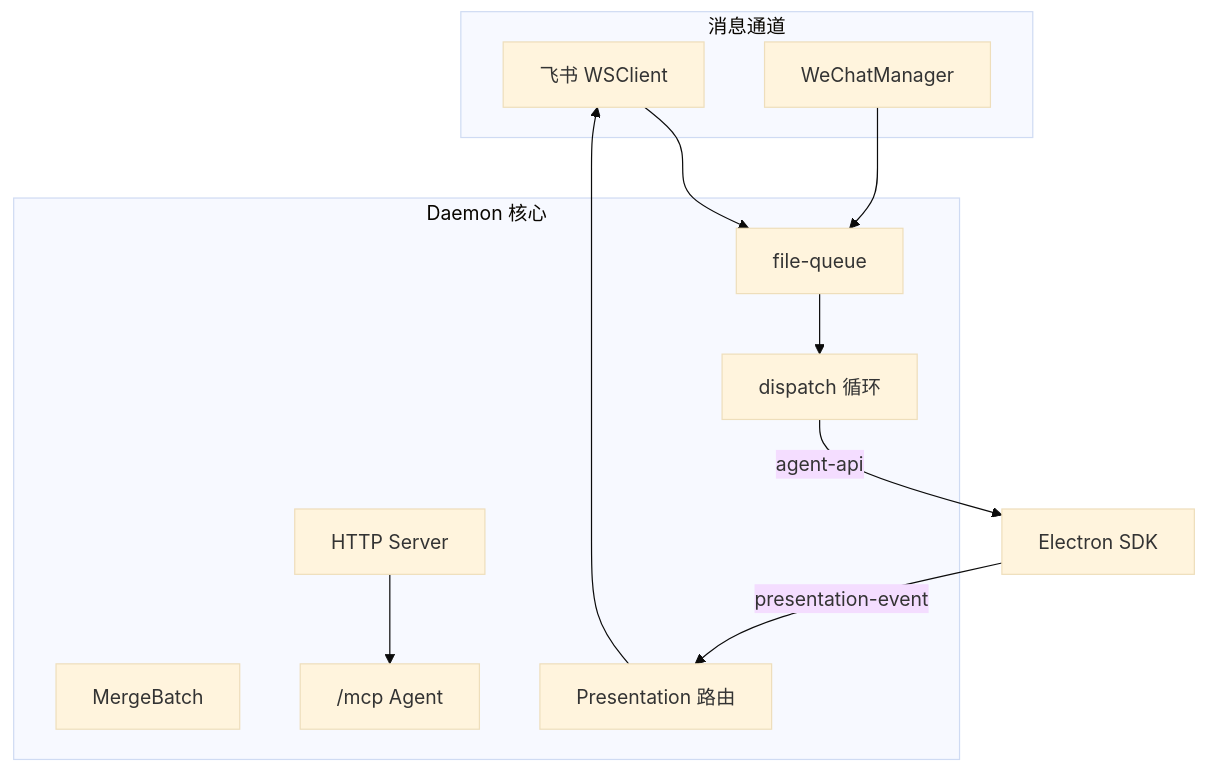
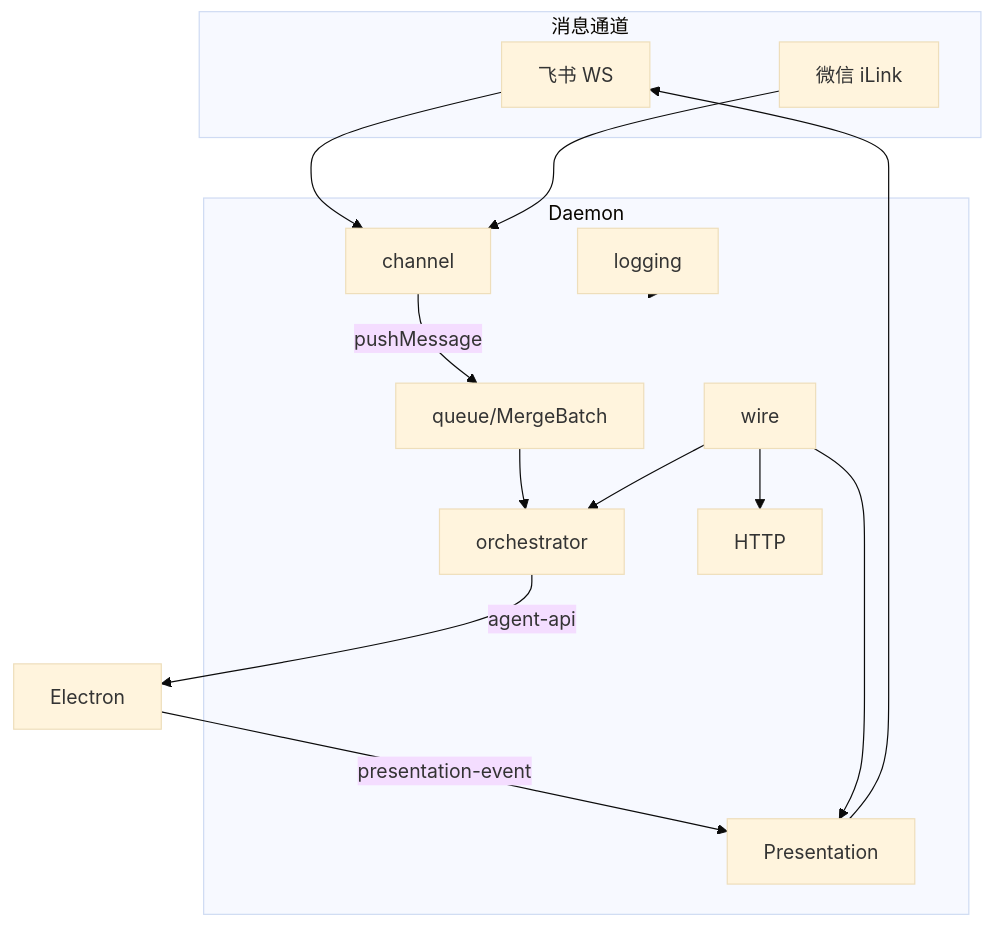
The first of 3 diagrams in knowledge/工程平台/Daemon守护进程/01-概览.md (suveng/cursor-claw), drawn with Mermaid (base theme) before and after one commit. The commit also changed other lines of this file and 29 other files, not shown here.

````diff
--- a/knowledge/工程平台/Daemon守护进程/01-概览.md
+++ b/knowledge/工程平台/Daemon守护进程/01-概览.md
@@ -9,22 +9,27 @@
 ```mermaid
 flowchart TB
   subgraph channels [消息通道]
-    FS[飞书 WSClient]
-    WX[WeChatManager]
+    FS[飞书 WS]
+    WX[微信 iLink]
   end
-  subgraph core [Daemon 核心]
-    FQ[file-queue]
-    MB[MergeBatch]
-    PE[Presentation 路由]
-    DIS[dispatch 循环]
-    HTTP[HTTP Server]
-    MCP1["/mcp Agent"]
+  subgraph core [Daemon]
+    LOG[logging]
+    Q[queue/MergeBatch]
+    CH[channel]
+    PE[Presentation]
+    DIS[orchestrator]
+    HTTP[HTTP]
+    WIRE[wire]
   end
-  FS --> FQ
-  WX --> FQ
-  FQ --> DIS
-  DIS -->|agent-api| EP[Electron SDK]
+  FS --> CH
+  WX --> CH
+  CH -->|pushMessage| Q
+  Q --> DIS
+  DIS -->|agent-api| EP[Electron]
   EP -->|presentation-event| PE
   PE --> FS
-  HTTP --> MCP1
+  WIRE --> DIS
+  WIRE --> PE
+  WIRE --> HTTP
+  LOG -.-> core
 ```
````
